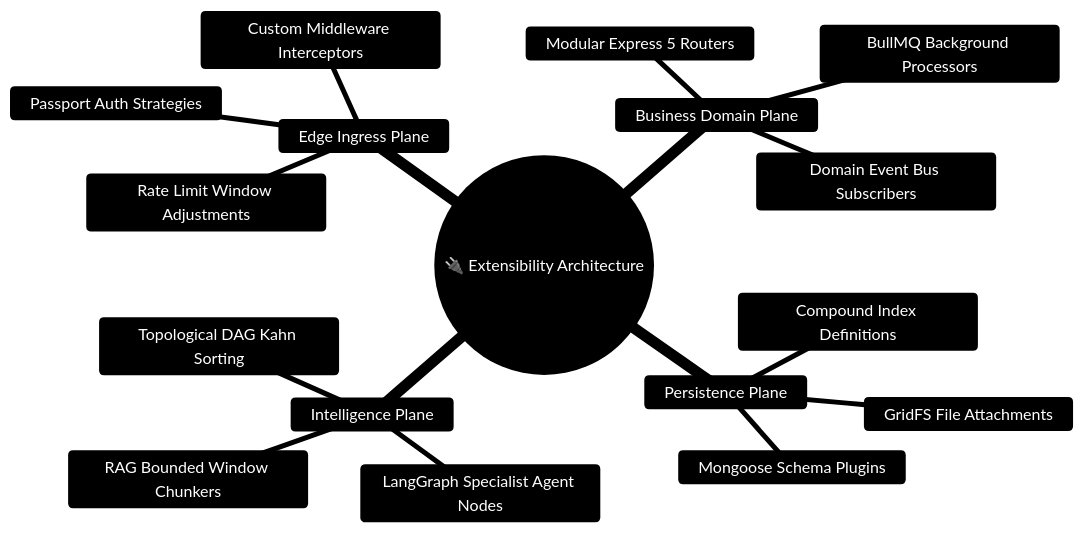
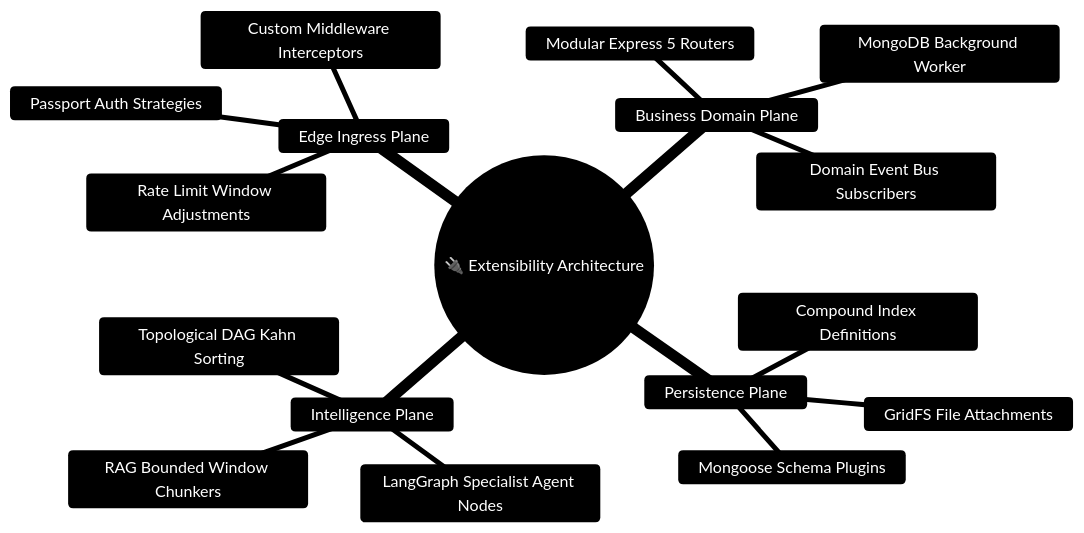
One commit to Ganesh172919/personal-finance changed the second of 3 diagrams in docs/ARCHITECTURE.md. Above: the diagram before and after it, drawn with Mermaid. The commit also changed other lines of this file and 1026 other files, not shown here.

````diff
--- a/docs/ARCHITECTURE.md
+++ b/docs/ARCHITECTURE.md
@@ -315,21 +313,21 @@
 ```mermaid
 %%{init: {'theme': 'base', 'themeVariables': { 'primaryColor': '#1e293b', 'primaryTextColor': '#ffffff', 'primaryBorderColor': '#38bdf8', 'lineColor': '#818cf8', 'secondaryColor': '#0f172a', 'tertiaryColor': '#1e1e38'}}}%%
 mindmap
   root((🔌 Extensibility Architecture))
     Edge Ingress Plane
       Passport Auth Strategies
       Rate Limit Window Adjustments
       Custom Middleware Interceptors
     Business Domain Plane
       Modular Express 5 Routers
       Domain Event Bus Subscribers
-      BullMQ Background Processors
+      MongoDB Background Worker
     Persistence Plane
       Mongoose Schema Plugins
       Compound Index Definitions
       GridFS File Attachments
     Intelligence Plane
       LangGraph Specialist Agent Nodes
       Topological DAG Kahn Sorting
       RAG Bounded Window Chunkers
 ```
````
